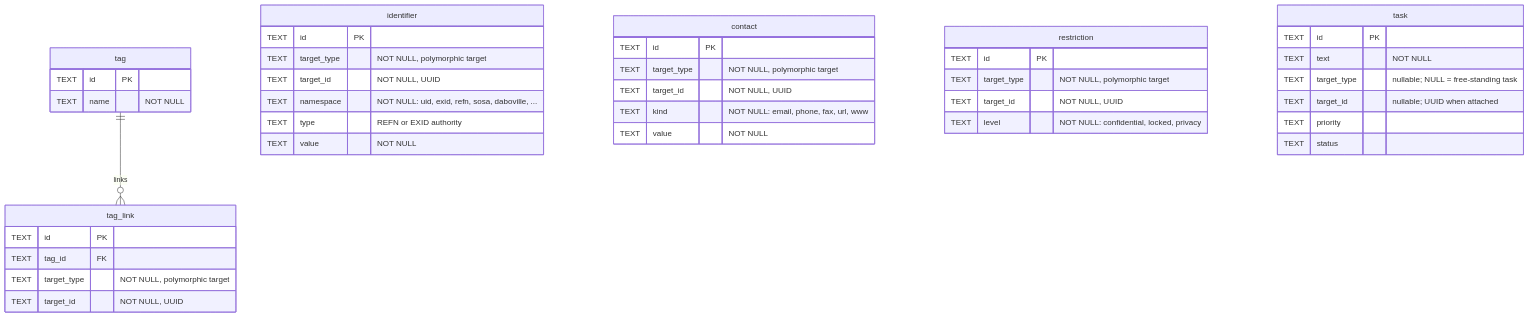
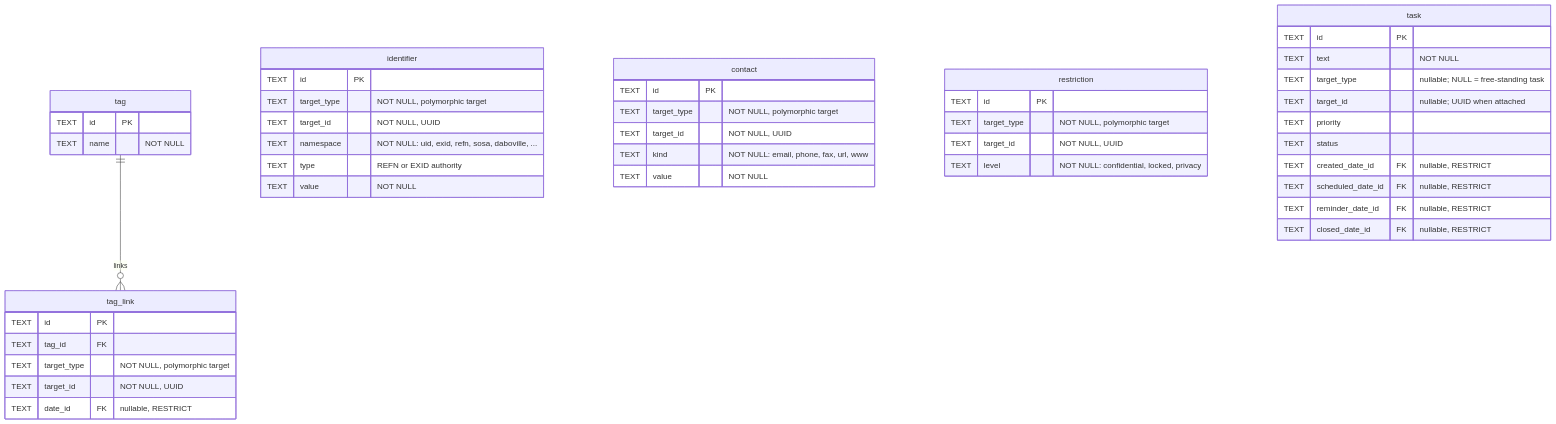
Diagram 12 of 12 in docs/db-schema.md (borisovodov/doru), drawn with Mermaid before and after one commit. The commit also changed other lines of this file and 14 other files, not shown here.

````diff
--- a/docs/db-schema.md
+++ b/docs/db-schema.md
@@ -810,49 +841,54 @@
 ```mermaid
 erDiagram
     tag ||--o{ tag_link : "links"
 
     identifier {
         TEXT id PK
         TEXT target_type "NOT NULL, polymorphic target"
         TEXT target_id "NOT NULL, UUID"
         TEXT namespace "NOT NULL: uid, exid, refn, sosa, daboville, ..."
         TEXT type "REFN or EXID authority"
         TEXT value "NOT NULL"
     }
 
     contact {
         TEXT id PK
         TEXT target_type "NOT NULL, polymorphic target"
         TEXT target_id "NOT NULL, UUID"
         TEXT kind "NOT NULL: email, phone, fax, url, www"
         TEXT value "NOT NULL"
     }
 
     restriction {
         TEXT id PK
         TEXT target_type "NOT NULL, polymorphic target"
         TEXT target_id "NOT NULL, UUID"
         TEXT level "NOT NULL: confidential, locked, privacy"
     }
 
     tag {
         TEXT id PK
         TEXT name "NOT NULL"
     }
 
     tag_link {
         TEXT id PK
         TEXT tag_id FK
         TEXT target_type "NOT NULL, polymorphic target"
         TEXT target_id "NOT NULL, UUID"
+        TEXT date_id FK "nullable, RESTRICT"
     }
 
     task {
         TEXT id PK
         TEXT text "NOT NULL"
         TEXT target_type "nullable; NULL = free-standing task"
         TEXT target_id "nullable; UUID when attached"
         TEXT priority
         TEXT status
+        TEXT created_date_id FK "nullable, RESTRICT"
+        TEXT scheduled_date_id FK "nullable, RESTRICT"
+        TEXT reminder_date_id FK "nullable, RESTRICT"
+        TEXT closed_date_id FK "nullable, RESTRICT"
     }
 ```
````
